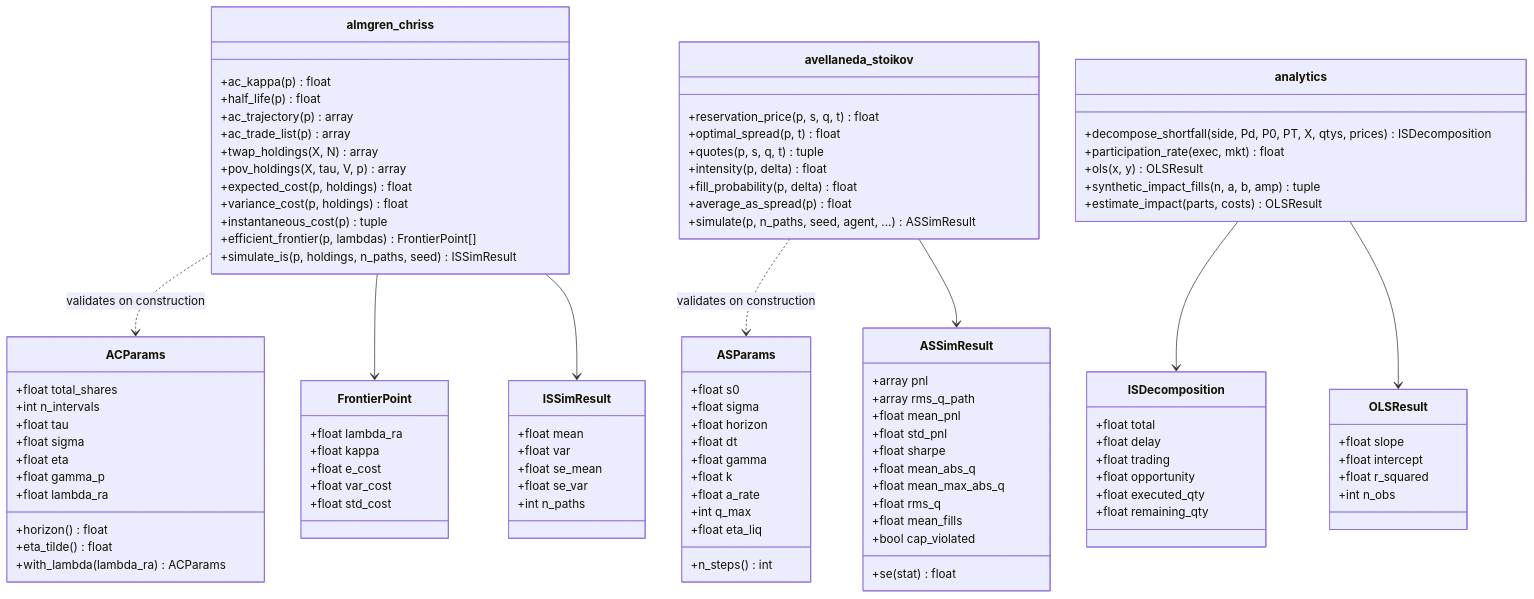
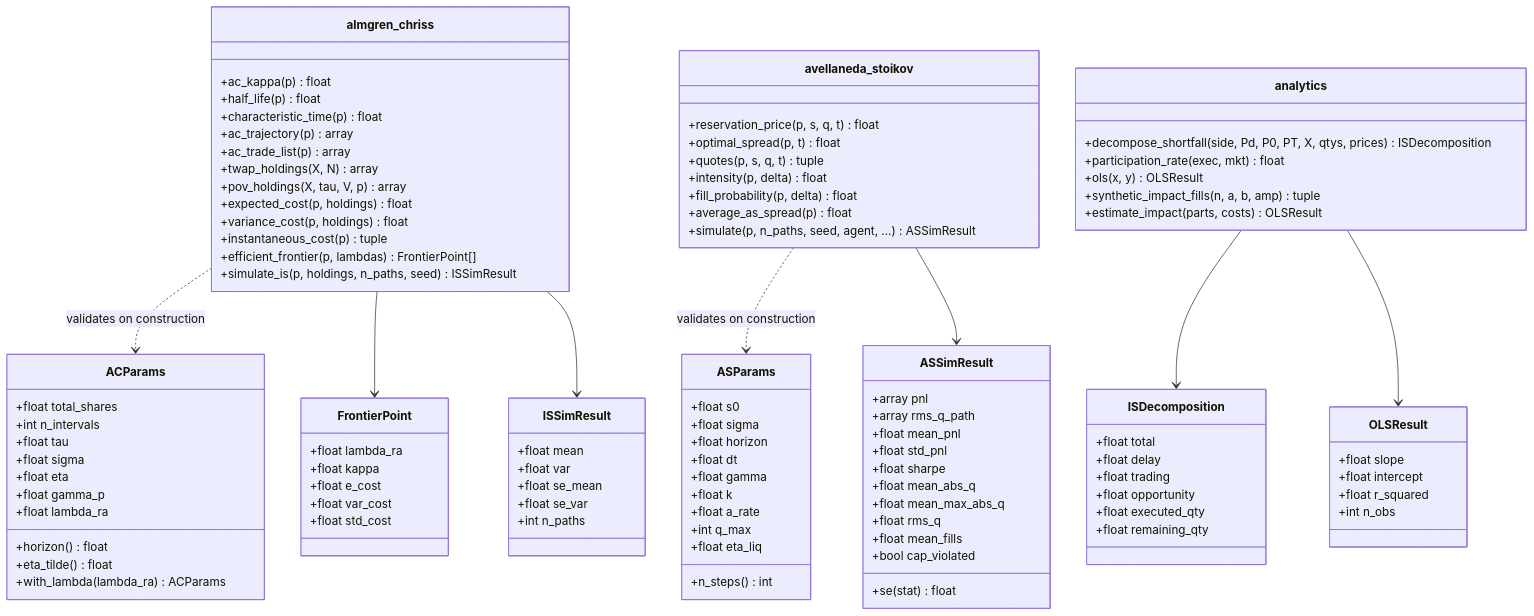
Before and after one commit to AshJha0/electronic-trading: the second of 3 diagrams in docs/ARCHITECTURE.md, drawn with Mermaid. The commit also changed other lines of this file and 55 other files, not shown here.

```diff
--- a/docs/ARCHITECTURE.md
+++ b/docs/ARCHITECTURE.md
@@ -88,6 +93,7 @@
     class almgren_chriss {
         +ac_kappa(p) float
         +half_life(p) float
+        +characteristic_time(p) float
         +ac_trajectory(p) array
         +ac_trade_list(p) array
         +twap_holdings(X, N) array
```
